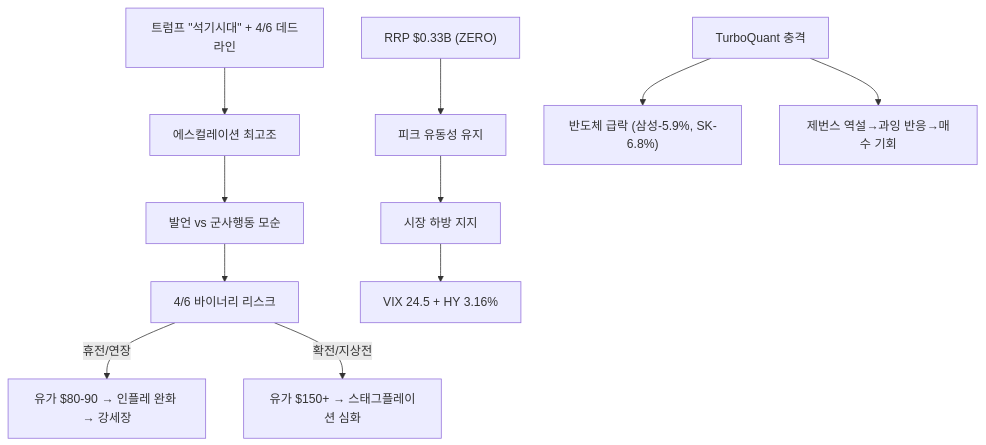
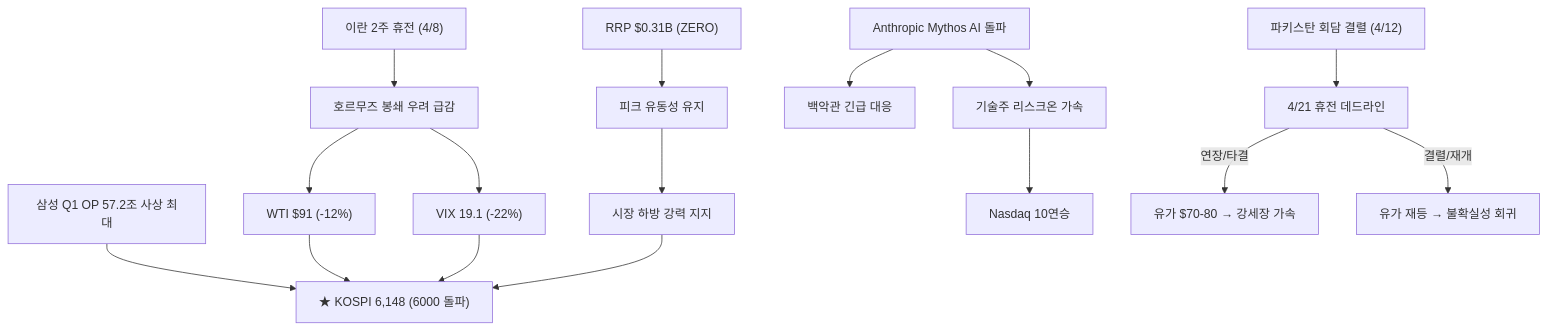
Before and after one commit to dss99911/dss99911.github.io: the first of 9 diagrams in _posts/knowledge/invest/2026-01-12-macroeconomic-policy-sector-outlook-2026.md, drawn with Mermaid. The commit also changed other lines of this file and 2 other files, not shown here.

First line of the commit message:
투자 전망 데일리 트랙킹 4/15: KOSPI 6000 돌파, SOXX +13.8%, Anthropic Mythos, 유가 급락

````diff
--- a/_posts/knowledge/invest/2026-01-12-macroeconomic-policy-sector-outlook-2026.md
+++ b/_posts/knowledge/invest/2026-01-12-macroeconomic-policy-sector-outlook-2026.md
@@ -64,13 +81,18 @@
 ```mermaid
 graph TD
-    A["트럼프 #quot;석기시대#quot; + 4/6 데드라인"] --> B["에스컬레이션 최고조"]
-    B --> C["발언 vs 군사행동 모순"]
-    D["RRP $0.33B #40;ZERO#41;"] --> E["피크 유동성 유지"]
-    E --> F["시장 하방 지지"]
-    G["TurboQuant 충격"] --> H["반도체 급락 #40;삼성-5.9%, SK-6.8%#41;"]
-    G --> I["제번스 역설→과잉 반응→매수 기회"]
-    C --> J["4/6 바이너리 리스크"]
-    F --> K["VIX 24.5 + HY 3.16%"]
-    J -->|"휴전/연장"| L["유가 $80-90 → 인플레 완화 → 강세장"]
-    J -->|"확전/지상전"| M["유가 $150+ → 스태그플레이션 심화"]
+    A["이란 2주 휴전 #40;4/8#41;"] --> B["호르무즈 봉쇄 우려 급감"]
+    B --> C["WTI $91 #40;-12%#41;"]
+    B --> D["VIX 19.1 #40;-22%#41;"]
+    E["RRP $0.31B #40;ZERO#41;"] --> F["피크 유동성 유지"]
+    F --> G["시장 하방 강력 지지"]
+    H["삼성 Q1 OP 57.2조 사상 최대"] --> I["★ KOSPI 6,148 #40;6000 돌파#41;"]
+    C --> I
+    D --> I
+    G --> I
+    J["Anthropic Mythos AI 돌파"] --> K["백악관 긴급 대응"]
+    J --> L["기술주 리스크온 가속"]
+    L --> M["Nasdaq 10연승"]
+    N["파키스탄 회담 결렬 #40;4/12#41;"] --> O["4/21 휴전 데드라인"]
+    O -->|"연장/타결"| P["유가 $70-80 → 강세장 가속"]
+    O -->|"결렬/재개"| Q["유가 재등 → 불확실성 회귀"]
 ```
````
